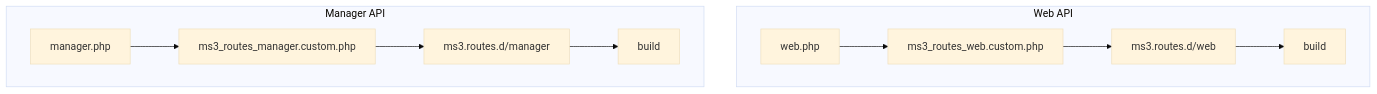
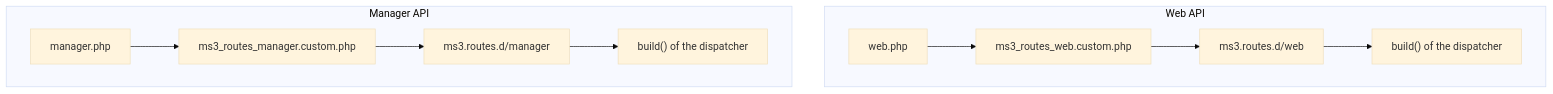
The diagram in docs/en/components/minishop3/development/routing.md (modx-pro/Docs), drawn with Mermaid (base theme) before and after one commit. The commit also changed other lines of this file, not shown here.

Commit message:
docs(minishop3): выровнять routing.md — схема и оговорка про список провайдеров
Схема загрузки ms3.routes.d стояла в разделе «Architecture», хотя показывает именно цепочку модульных роутов — в русской паре она в этом разделе и есть. Перенёс, вернул полные подписи узлов. Дописал абзац, которого в английской не было: GridConfigController отдаёт direct_filter_keys только гридам из DIRECT_FILTER_KEY_PROVIDERS, а там сейчас только orders и customers (GridConfigController.php:15-18,68-76).

````diff
--- a/docs/en/components/minishop3/development/routing.md
+++ b/docs/en/components/minishop3/development/routing.md
@@ -11,13 +980,13 @@
 ```mermaid
 flowchart TB
   subgraph web [Web API]
     w1[web.php] --> w2[ms3_routes_web.custom.php]
     w2 --> w3["ms3.routes.d/web"]
-    w3 --> wb[build]
+    w3 --> wb["build() of the dispatcher"]
   end
   subgraph mgr [Manager API]
     m1[manager.php] --> m2[ms3_routes_manager.custom.php]
     m2 --> m3["ms3.routes.d/manager"]
-    m3 --> mb[build]
+    m3 --> mb["build() of the dispatcher"]
   end
 ```
````
